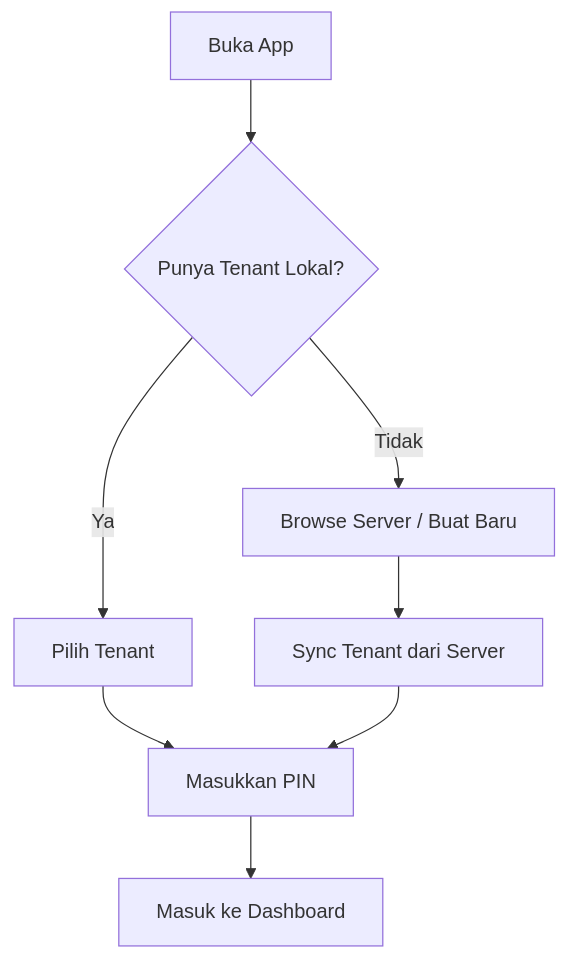
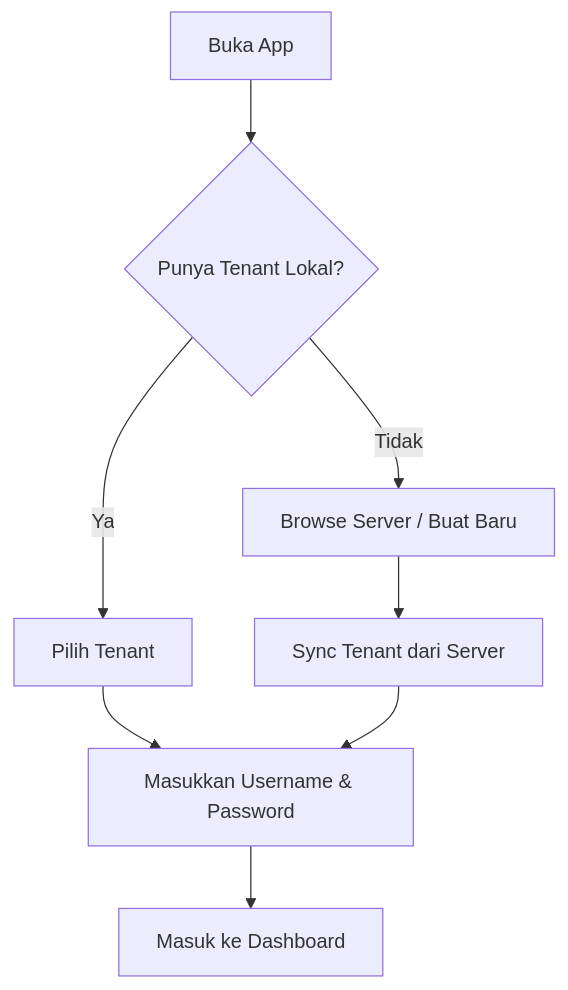
One commit to Stradivary/koperasi-kegelapan-docs changed the diagram in docs/user-guide/login.md. Above: the diagram before and after it, drawn with Mermaid. The commit also changed other lines of this file and 41 other files, not shown here.

````diff
--- a/docs/user-guide/login.md
+++ b/docs/user-guide/login.md
@@ -14,10 +12,10 @@
 ```mermaid
 flowchart TD
     A[Buka App] --> B{Punya Tenant Lokal?}
     B -->|Ya| C[Pilih Tenant]
     B -->|Tidak| D[Browse Server / Buat Baru]
-    C --> E[Masukkan PIN]
+    C --> E[Masukkan Username & Password]
     D --> F[Sync Tenant dari Server]
     F --> E
     E --> G[Masuk ke Dashboard]
 ```
````
